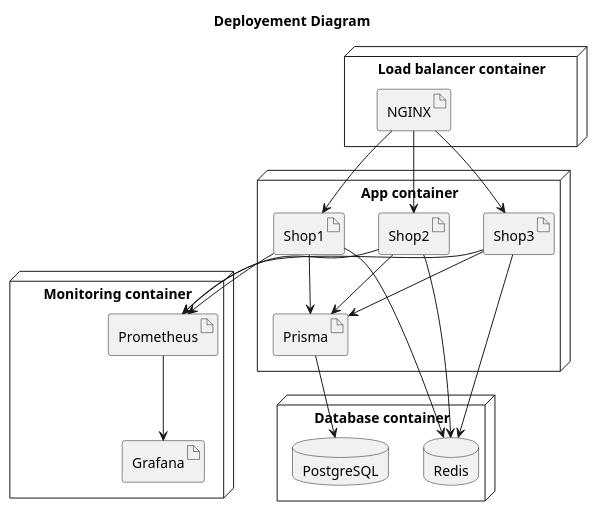
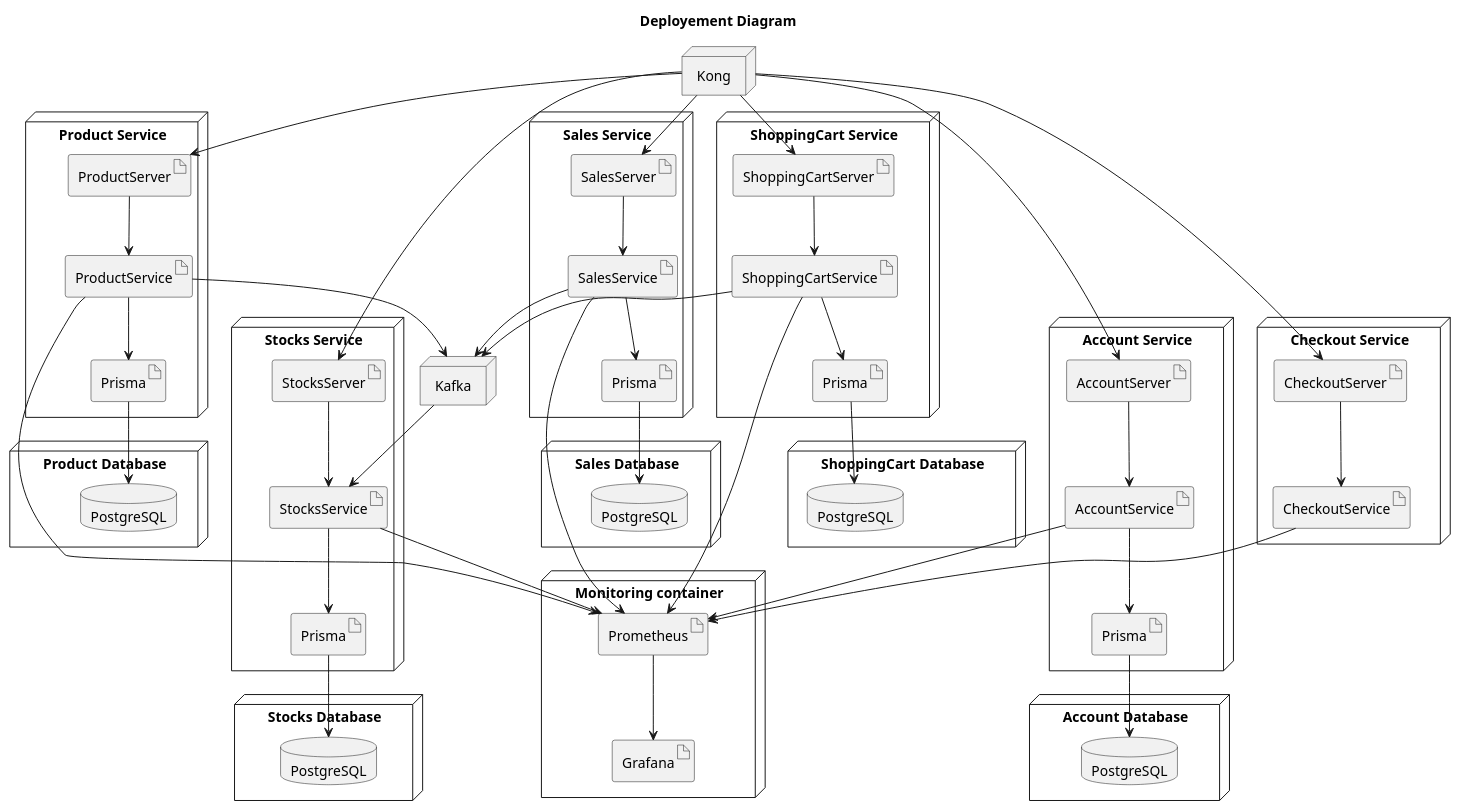
One commit to ThePhobosDeimosSuite/laboratoire-0_log430 changed the diagram in docs/UML/deployement.puml. Above: the diagram before and after it, drawn with PlantUML. The commit also changed 31 other files, not shown here.

```diff
--- a/docs/UML/deployement.puml
+++ b/docs/UML/deployement.puml
@@ -1,42 +1,117 @@
 @startuml deployement
 title Deployement Diagram
-node "Database container" {
-    database "PostgreSQL" as DB
-    database "Redis" as Cache
-}
-
-node "App container"  {
-    artifact Shop1
-    artifact Shop2
-    artifact Shop3
-    artifact "Prisma" as Prisma
-}
 
 node "Monitoring container" {
     artifact Prometheus
     artifact Grafana
 }
 
-node "Load balancer container" {
-    artifact NGINX
+node "Kong" {
+
 }
-    [NGINX] --> [Shop1]
-    [NGINX] --> [Shop2]
-    [NGINX] --> [Shop3]
 
-    [Shop1] --> [Prometheus]
-    [Shop2] --> [Prometheus]
-    [Shop3] --> [Prometheus]
+node "Kafka" {
 
-    [Shop1] --> [Prisma]
-    [Shop2] --> [Prisma]
-    [Shop3] --> [Prisma]
+}
 
-    [Shop1] --> [Cache]
-    [Shop2] --> [Cache]
-    [Shop3] --> [Cache]
+node "Product Database" {
+    database "PostgreSQL" as ProductDB
+}
+
+node "Product Service"  {
+    artifact ProductServer
+    artifact ProductService
+    artifact "Prisma" as ProductPrisma
+}
+
+    [Kong] --> [ProductServer]
+    [ProductServer] --> [ProductService]
+    [ProductService] --> [Prometheus]
+    [ProductService] --> [ProductPrisma]
+    [ProductPrisma] --> [ProductDB]
+
+node "Sales Database" {
+    database "PostgreSQL" as SalesDB
+}
+
+node "Sales Service"  {
+    artifact SalesServer
+    artifact SalesService
+    artifact "Prisma" as SalesPrisma
+}
+
+    [Kong] --> [SalesServer]
+    [SalesServer] --> [SalesService]
+    [SalesService] --> [Prometheus]
+    [SalesService] --> [SalesPrisma]
+    [SalesPrisma] --> [SalesDB]
+
+node "Stocks Database" {
+    database "PostgreSQL" as StocksDB
+}
+
+node "Stocks Service"  {
+    artifact StocksServer
+    artifact StocksService
+    artifact "Prisma" as StocksPrisma
+}
+
+    [Kong] --> [StocksServer]
+    [StocksServer] --> [StocksService]
+    [StocksService] --> [Prometheus]
+    [StocksService] --> [StocksPrisma]
+    [StocksPrisma] --> [StocksDB]
+
+    [SalesService] --> [Kafka]
+    [Kafka] --> [StocksService]
+
+
+node "Account Database" {
+    database "PostgreSQL" as AccountDB
+}
+
+node "Account Service"  {
+    artifact AccountServer
+    artifact AccountService
+    artifact "Prisma" as AccountPrisma
+}
+
+    [Kong] --> [AccountServer]
+    [AccountServer] --> [AccountService]
+    [AccountService] --> [Prometheus]
+    [AccountService] --> [AccountPrisma]
+    [AccountPrisma] --> [AccountDB]
+
+node "ShoppingCart Database" {
+    database "PostgreSQL" as ShoppingCartDB
+}
+
+node "ShoppingCart Service"  {
+    artifact ShoppingCartServer
+    artifact ShoppingCartService
+    artifact "Prisma" as ShoppingCartPrisma
+}
+
+    [Kong] --> [ShoppingCartServer]
+    [ShoppingCartServer] --> [ShoppingCartService]
+    [ShoppingCartService] --> [Prometheus]
+    [ShoppingCartService] --> [ShoppingCartPrisma]
+    [ShoppingCartPrisma] --> [ShoppingCartDB]
+
+    [ShoppingCartService] --> [Kafka]
+
+
+node "Checkout Service"  {
+    artifact CheckoutServer
+    artifact CheckoutService
+}
+
+    [Kong] --> [CheckoutServer]
+    [CheckoutServer] --> [CheckoutService]
+    [CheckoutService] --> [Prometheus]
+
+    [ProductService] --> [Kafka]
 
 
     [Prometheus] --> [Grafana]
-    [Prisma] --> [DB]
 @enduml
```
